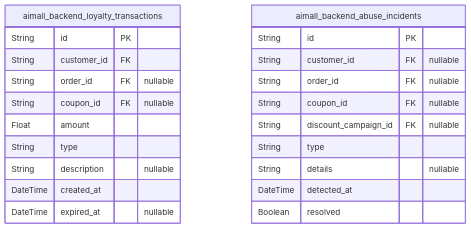
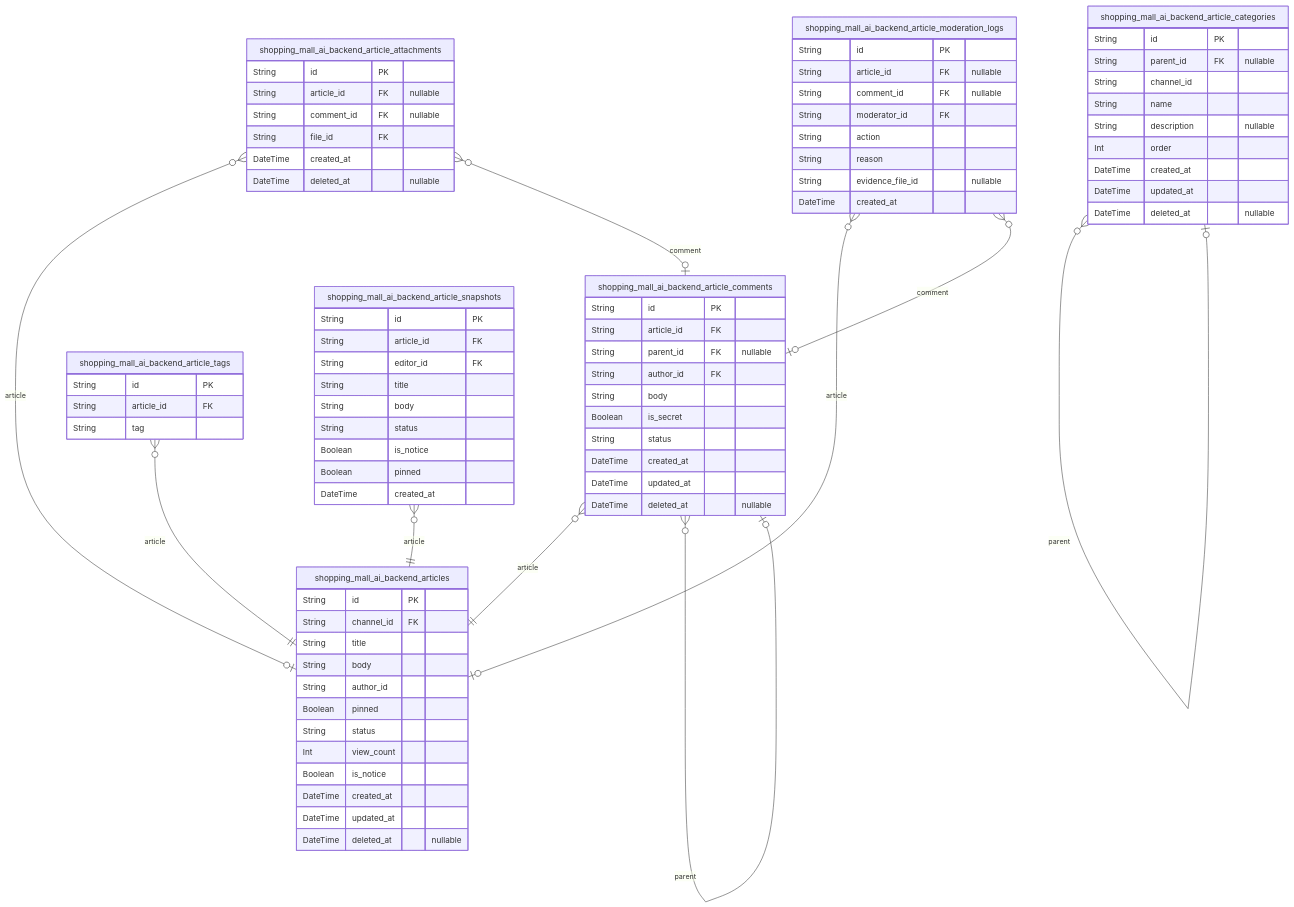
Before and after one commit to wrtnlabs/autobe-example-shopping-openai-gpt-4.1: the tenth of 10 diagrams in docs/ERD.md, drawn with Mermaid. The commit also changed other lines of this file and 2899 other files, not shown here.

````diff
--- a/docs/ERD.md
+++ b/docs/ERD.md
@@ -957,25 +2694,83 @@
 ```mermaid
 erDiagram
-"aimall_backend_loyalty_transactions" {
+"shopping_mall_ai_backend_articles" {
   String id PK
-  String customer_id FK
-  String order_id FK "nullable"
-  String coupon_id FK "nullable"
-  Float amount
-  String type
+  String channel_id FK
+  String title
+  String body
+  String author_id
+  Boolean pinned
+  String status
+  Int view_count
+  Boolean is_notice
+  DateTime created_at
+  DateTime updated_at
+  DateTime deleted_at "nullable"
+}
+"shopping_mall_ai_backend_article_comments" {
+  String id PK
+  String article_id FK
+  String parent_id FK "nullable"
+  String author_id FK
+  String body
+  Boolean is_secret
+  String status
+  DateTime created_at
+  DateTime updated_at
+  DateTime deleted_at "nullable"
+}
+"shopping_mall_ai_backend_article_categories" {
+  String id PK
+  String parent_id FK "nullable"
+  String channel_id
+  String name
   String description "nullable"
+  Int order
   DateTime created_at
-  DateTime expired_at "nullable"
+  DateTime updated_at
+  DateTime deleted_at "nullable"
 }
-"aimall_backend_abuse_incidents" {
+"shopping_mall_ai_backend_article_tags" {
   String id PK
-  String customer_id FK "nullable"
-  String order_id FK "nullable"
-  String coupon_id FK "nullable"
-  String discount_campaign_id FK "nullable"
-  String type
-  String details "nullable"
-  DateTime detected_at
-  Boolean resolved
+  String article_id FK
+  String tag
 }
+"shopping_mall_ai_backend_article_attachments" {
+  String id PK
+  String article_id FK "nullable"
+  String comment_id FK "nullable"
+  String file_id FK
+  DateTime created_at
+  DateTime deleted_at "nullable"
+}
+"shopping_mall_ai_backend_article_snapshots" {
+  String id PK
+  String article_id FK
+  String editor_id FK
+  String title
+  String body
+  String status
+  Boolean is_notice
+  Boolean pinned
+  DateTime created_at
+}
+"shopping_mall_ai_backend_article_moderation_logs" {
+  String id PK
+  String article_id FK "nullable"
+  String comment_id FK "nullable"
+  String moderator_id FK
+  String action
+  String reason
+  String evidence_file_id "nullable"
+  DateTime created_at
+}
+"shopping_mall_ai_backend_article_comments" }o--|| "shopping_mall_ai_backend_articles" : article
+"shopping_mall_ai_backend_article_comments" }o--o| "shopping_mall_ai_backend_article_comments" : parent
+"shopping_mall_ai_backend_article_categories" }o--o| "shopping_mall_ai_backend_article_categories" : parent
+"shopping_mall_ai_backend_article_tags" }o--|| "shopping_mall_ai_backend_articles" : article
+"shopping_mall_ai_backend_article_attachments" }o--o| "shopping_mall_ai_backend_articles" : article
+"shopping_mall_ai_backend_article_attachments" }o--o| "shopping_mall_ai_backend_article_comments" : comment
+"shopping_mall_ai_backend_article_snapshots" }o--|| "shopping_mall_ai_backend_articles" : article
+"shopping_mall_ai_backend_article_moderation_logs" }o--o| "shopping_mall_ai_backend_articles" : article
+"shopping_mall_ai_backend_article_moderation_logs" }o--o| "shopping_mall_ai_backend_article_comments" : comment
 ```
````
